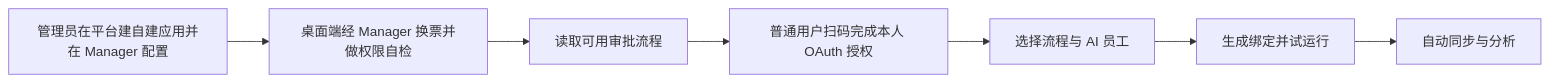
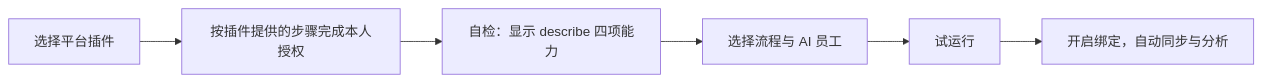
The diagram in docs/v1正式版本/技术设计/专题设计/2026-11-23-外部审批平台接入-需求与设计.md (xiaohei-info/aiteam), drawn with Mermaid before and after one commit. The commit also changed other lines of this file and 9 other files, not shown here.

````diff
--- a/docs/v1正式版本/技术设计/专题设计/2026-11-23-外部审批平台接入-需求与设计.md
+++ b/docs/v1正式版本/技术设计/专题设计/2026-11-23-外部审批平台接入-需求与设计.md
@@ -239,9 +219,8 @@
 ```mermaid
 flowchart LR
-  A[管理员在平台建自建应用并在 Manager 配置] --> B[桌面端经 Manager 换票并做权限自检]
-  B --> C[读取可用审批流程]
-  C --> D[普通用户扫码完成本人 OAuth 授权]
-  D --> E[选择流程与 AI 员工]
-  E --> F[生成绑定并试运行]
-  F --> G[自动同步与分析]
+  A[选择平台插件] --> B[按插件提供的步骤完成本人授权]
+  B --> C[自检：显示 describe 四项能力]
+  C --> D[选择流程与 AI 员工]
+  D --> E[试运行]
+  E --> F[开启绑定，自动同步与分析]
 ```
````
